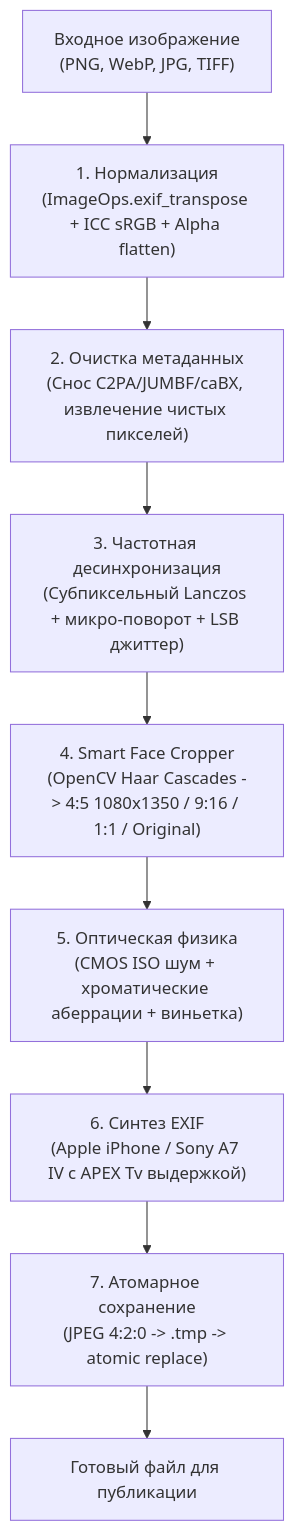
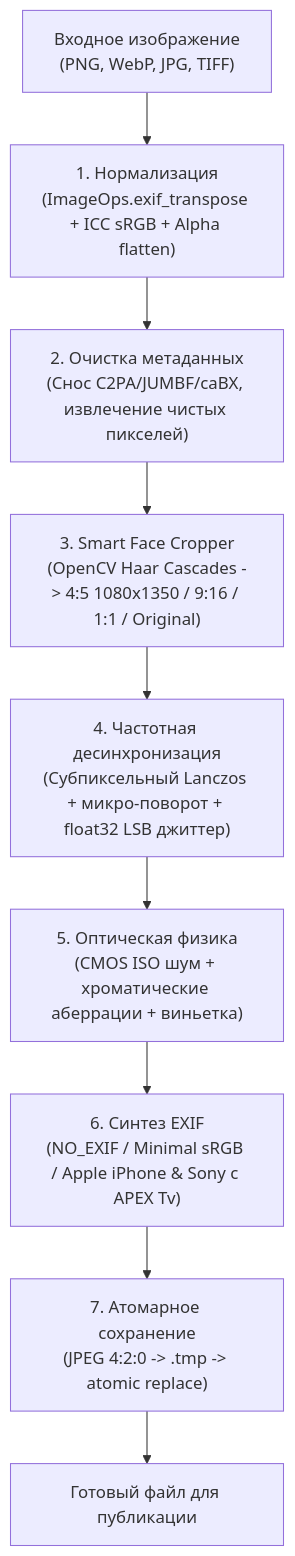
The diagram in README.md (csezet/reelsator), drawn with Mermaid before and after one commit. The commit also changed other lines of this file and 12 other files, not shown here.

````diff
--- a/README.md
+++ b/README.md
@@ -30,11 +30,11 @@
 ```mermaid
 flowchart TD
     A["Входное изображение<br>(PNG, WebP, JPG, TIFF)"] --> B["1. Нормализация<br>(ImageOps.exif_transpose + ICC sRGB + Alpha flatten)"]
     B --> C["2. Очистка метаданных<br>(Снос C2PA/JUMBF/caBX, извлечение чистых пикселей)"]
-    C --> D["3. Частотная десинхронизация<br>(Субпиксельный Lanczos + микро-поворот + LSB джиттер)"]
-    D --> E["4. Smart Face Cropper<br>(OpenCV Haar Cascades -> 4:5 1080x1350 / 9:16 / 1:1 / Original)"]
+    C --> D["3. Smart Face Cropper<br>(OpenCV Haar Cascades -> 4:5 1080x1350 / 9:16 / 1:1 / Original)"]
+    D --> E["4. Частотная десинхронизация<br>(Субпиксельный Lanczos + микро-поворот + float32 LSB джиттер)"]
     E --> F["5. Оптическая физика<br>(CMOS ISO шум + хроматические аберрации + виньетка)"]
-    F --> G["6. Синтез EXIF<br>(Apple iPhone / Sony A7 IV с APEX Tv выдержкой)"]
+    F --> G["6. Синтез EXIF<br>(NO_EXIF / Minimal sRGB / Apple iPhone & Sony с APEX Tv)"]
     G --> H["7. Атомарное сохранение<br>(JPEG 4:2:0 -> .tmp -> atomic replace)"]
     H --> I["Готовый файл для публикации"]
 ```
````
